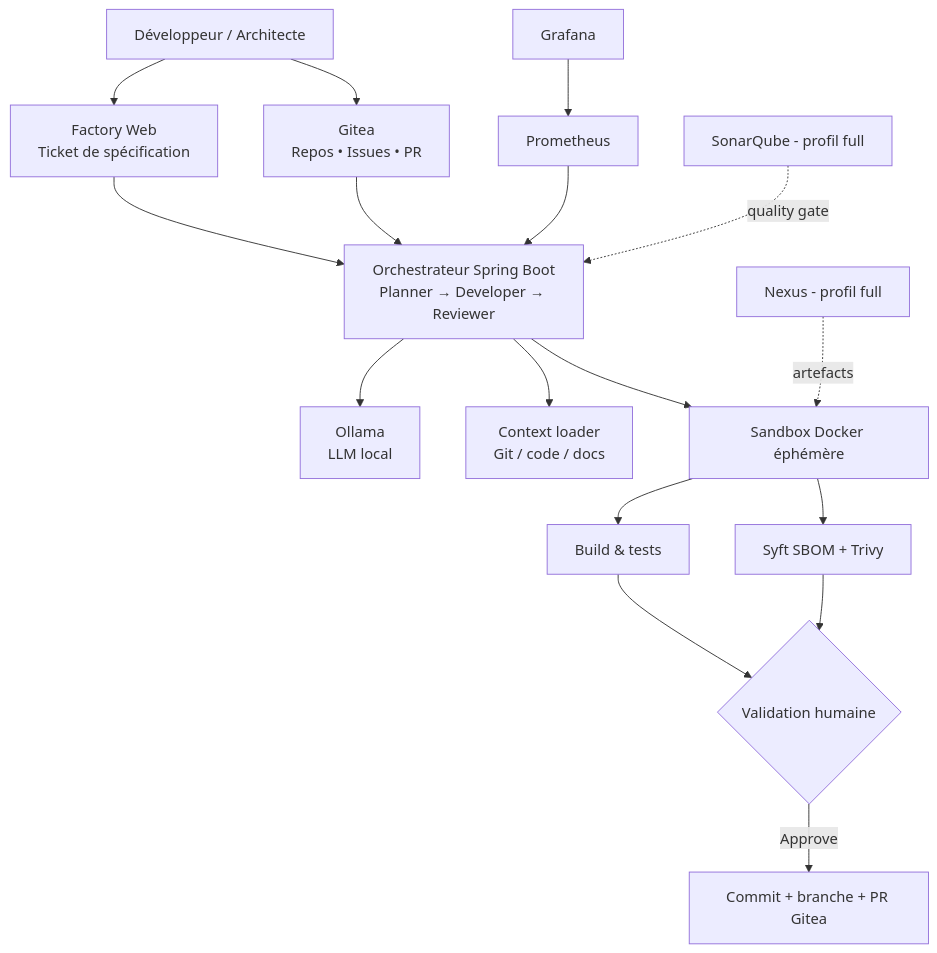
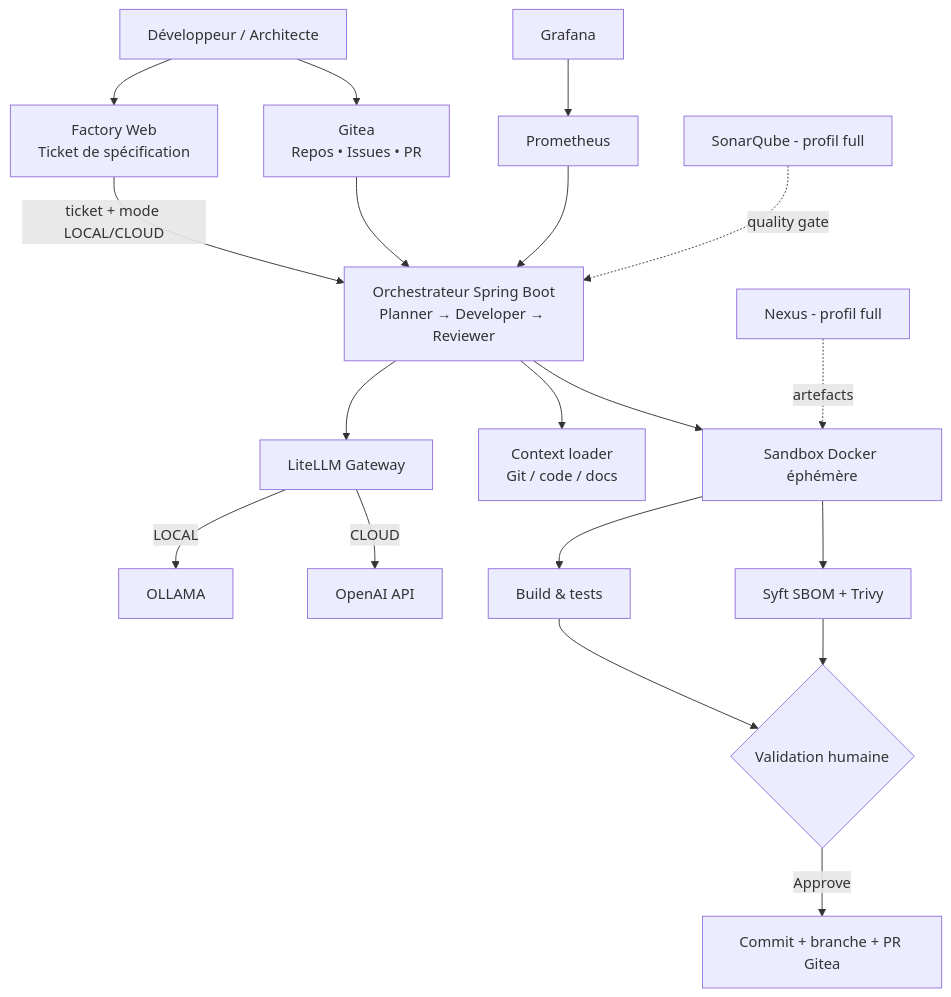
Before and after one commit to dbeaumont/ai-software-factory-local: the first of 2 diagrams in docs/architecture.md, drawn with Mermaid. The commit also changed 26 other files, not shown here.

````diff
--- a/docs/architecture.md
+++ b/docs/architecture.md
@@ -3,19 +3,21 @@
 ```mermaid
 flowchart TB
   DEV[Développeur / Architecte] --> WEB[Factory Web\nTicket de spécification]
-  WEB --> ORCH
+  WEB -->|ticket + mode LOCAL/CLOUD| ORCH
+  ORCH --> LLM[LiteLLM Gateway]
+  LLM -->|LOCAL| OLLAMA
+  LLM -->|CLOUD| OPENAI[OpenAI API]
   DEV --> GIT[Gitea\nRepos • Issues • PR]
   GIT --> ORCH[Orchestrateur Spring Boot\nPlanner → Developer → Reviewer]
-  ORCH --> OLLAMA[Ollama\nLLM local]
   ORCH --> CTX[Context loader\nGit / code / docs]
   ORCH --> SB[Sandbox Docker éphémère]
   SB --> BUILD[Build & tests]
   SB --> SEC[Syft SBOM + Trivy]
   BUILD --> HUMAN{Validation humaine}
   SEC --> HUMAN
   HUMAN -->|Approve| PR[Commit + branche + PR Gitea]
   PROM[Prometheus] --> ORCH
   GRAF[Grafana] --> PROM
   SONAR[SonarQube - profil full] -. quality gate .-> ORCH
   NEXUS[Nexus - profil full] -. artefacts .-> SB
 ```
````
